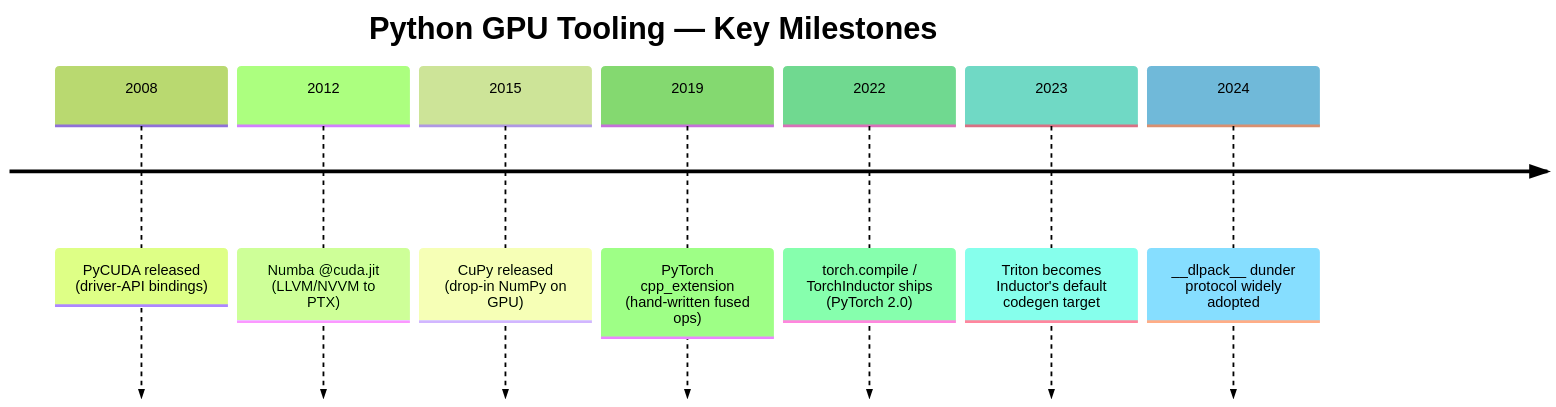
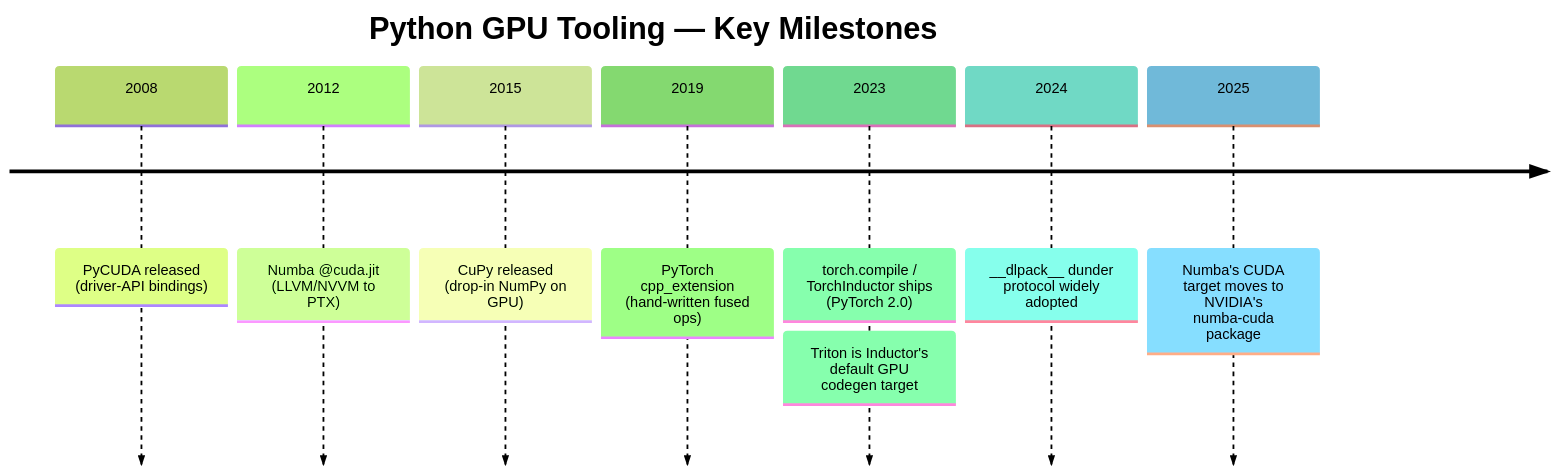
One commit to rppol/system-design changed the eighth of 10 diagrams in src/main/java/com/rutik/systemdesign/cuda/python_gpu_ecosystem/python_gpu_ecosystem.md. Above: the diagram before and after it, drawn with Mermaid (forest theme). The commit also changed other lines of this file and 4 other files, not shown here.

````diff
--- a/src/main/java/com/rutik/systemdesign/cuda/python_gpu_ecosystem/python_gpu_ecosystem.md
+++ b/src/main/java/com/rutik/systemdesign/cuda/python_gpu_ecosystem/python_gpu_ecosystem.md
@@ -334,11 +338,11 @@
 ```mermaid
 timeline
     title Python GPU Tooling — Key Milestones
     2008 : PyCUDA released (driver-API bindings)
     2012 : Numba @cuda.jit (LLVM/NVVM to PTX)
     2015 : CuPy released (drop-in NumPy on GPU)
     2019 : PyTorch cpp_extension (hand-written fused ops)
-    2022 : torch.compile / TorchInductor ships (PyTorch 2.0)
-    2023 : Triton becomes Inductor's default codegen target
+    2023 : torch.compile / TorchInductor ships (PyTorch 2.0) : Triton is Inductor's default GPU codegen target
     2024 : __dlpack__ dunder protocol widely adopted
+    2025 : Numba's CUDA target moves to NVIDIA's numba-cuda package
 ```
````
